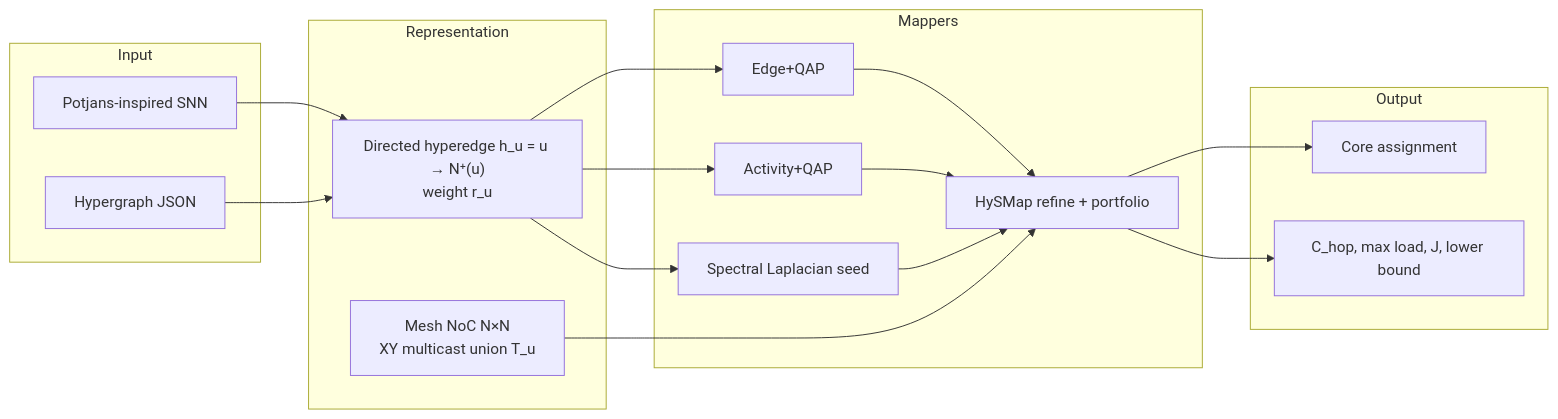
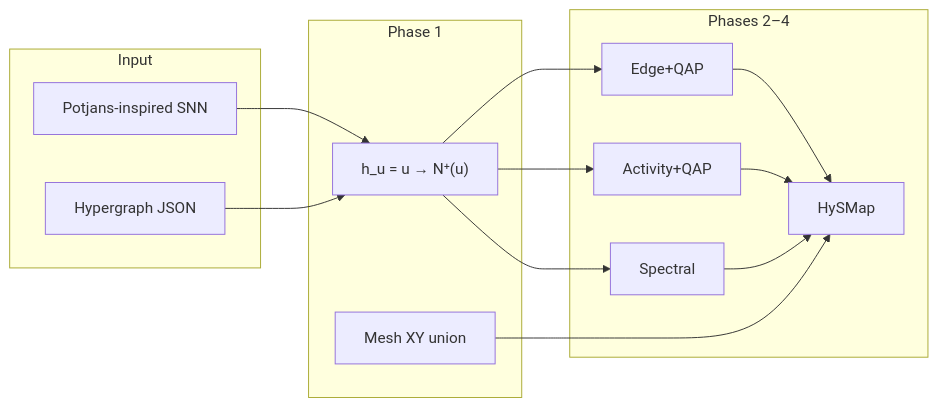
The second of 2 diagrams in README.md (amineux/HySMap), drawn with Mermaid before and after one commit. The commit also changed other lines of this file and 25 other files, not shown here.

````diff
--- a/README.md
+++ b/README.md
@@ -44,29 +136,23 @@
 ```mermaid
 flowchart LR
   subgraph in [Input]
     GEN[Potjans-inspired SNN]
     JSON[Hypergraph JSON]
   end
-  subgraph model [Representation]
-    H["Directed hyperedge h_u = u → N⁺(u)<br/>weight r_u"]
-    M["Mesh NoC N×N<br/>XY multicast union T_u"]
+  subgraph model [Phase 1]
+    H["h_u = u → N⁺(u)"]
+    M[Mesh XY union]
   end
-  subgraph search [Mappers]
+  subgraph search [Phases 2–4]
     EQ[Edge+QAP]
     AQ[Activity+QAP]
-    SP[Spectral Laplacian seed]
-    HY[HySMap refine + portfolio]
-  end
-  subgraph out [Output]
-    MAP[Core assignment]
-    MET["C_hop, max load, J, lower bound"]
+    SP[Spectral]
+    HY[HySMap]
   end
   GEN --> H
   JSON --> H
   H --> EQ --> HY
   H --> AQ --> HY
   H --> SP --> HY
   M --> HY
-  HY --> MAP
-  HY --> MET
 ```
````
